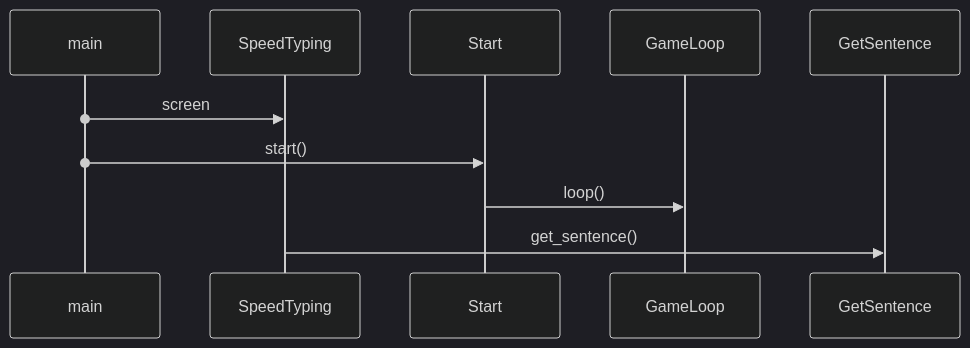
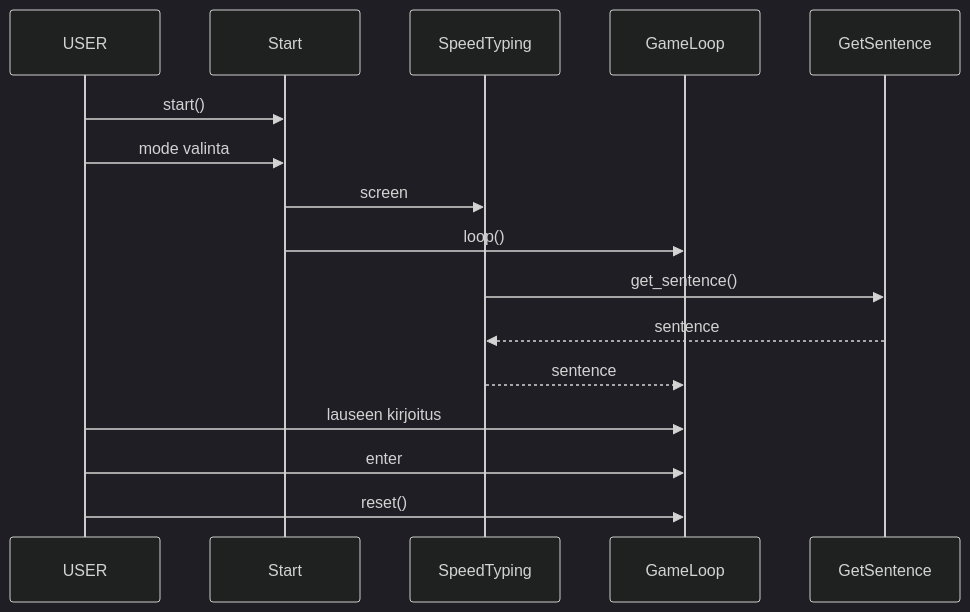
One commit to roosahut/ot-harjoitustyo changed the second of 2 diagrams in dokumentaatio/arkkitehtuuri.md. Above: the diagram before and after it, drawn with Mermaid (dark theme). The commit also changed other lines of this file, not shown here.

````diff
--- a/dokumentaatio/arkkitehtuuri.md
+++ b/dokumentaatio/arkkitehtuuri.md
@@ -25,7 +37,13 @@
 ```mermaid
 sequenceDiagram
-     main()->>SpeedTyping: screen
-     main()->>Start: start()
+     USER->>Start: start()
+     USER->>Start: mode valinta
+     Start->>SpeedTyping: screen
      Start->>GameLoop: loop()
      SpeedTyping->>GetSentence: get_sentence()
+     GetSentence-->>SpeedTyping: sentence
+     SpeedTyping-->>GameLoop: sentence
+     USER->>GameLoop: lauseen kirjoitus
+     USER->>GameLoop: enter
+     USER->>GameLoop: reset()
 ```
````
